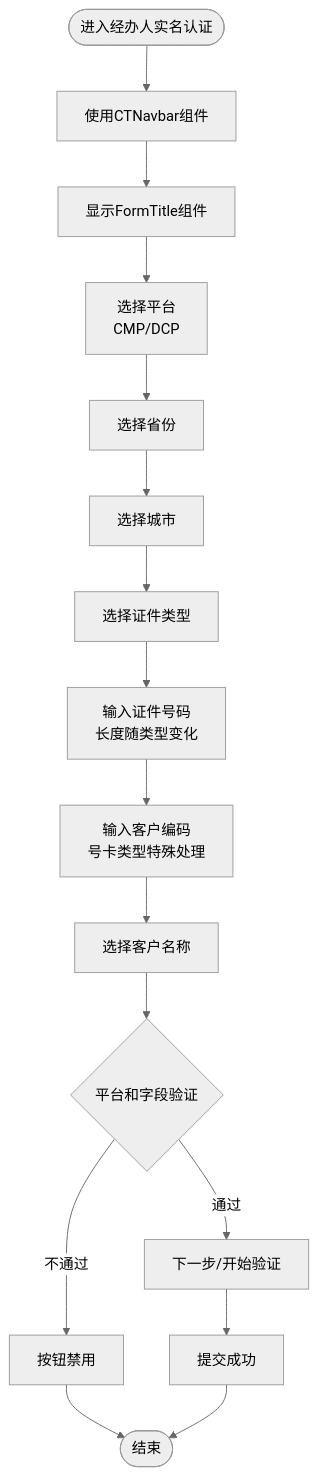
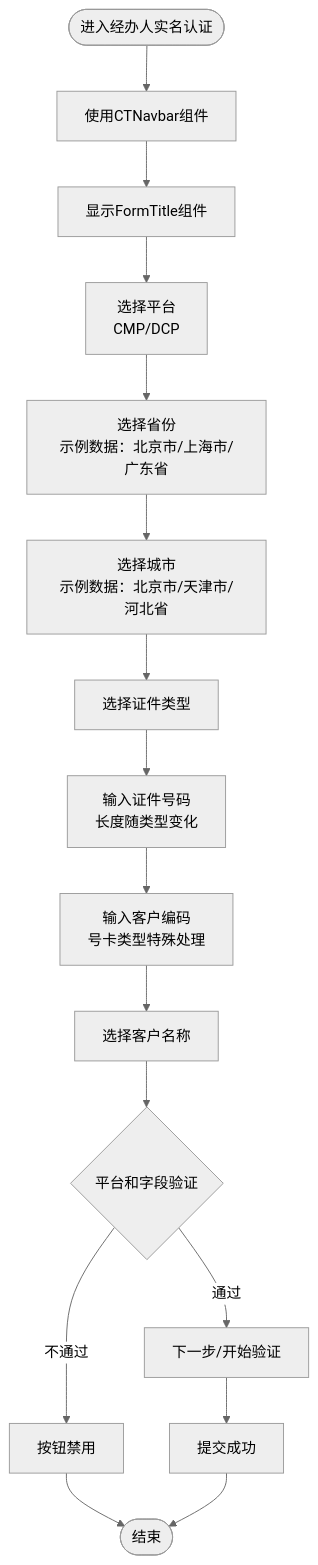
Diagram 12 of 13 in .qoder/repowiki/zh/content/页面组件.md (zuolinbao/redbook), drawn with Mermaid (neutral theme) before and after one commit. The commit also changed other lines of this file and 4 other files, not shown here.

Commit message:
feat: 将userRealName和ordinaryuserRealName页面的Field label改为图标形式

````diff
--- a/.qoder/repowiki/zh/content/页面组件.md
+++ b/.qoder/repowiki/zh/content/页面组件.md
@@ -541,18 +552,18 @@
 ```mermaid
 flowchart TD
 Start(["进入经办人实名认证"]) --> CTNavbar["使用CTNavbar组件"]
 CTNavbar --> FormTitle["显示FormTitle组件"]
 FormTitle --> PlatformSelect["选择平台<br/>CMP/DCP"]
-PlatformSelect --> ProvinceSelect["选择省份"]
-ProvinceSelect --> CitySelect["选择城市"]
+PlatformSelect --> ProvinceSelect["选择省份<br/>示例数据：北京市/上海市/广东省"]
+ProvinceSelect --> CitySelect["选择城市<br/>示例数据：北京市/天津市/河北省"]
 CitySelect --> CardType["选择证件类型"]
 CardType --> CardNum["输入证件号码<br/>长度随类型变化"]
 CardNum --> CustomerCode["输入客户编码<br/>号卡类型特殊处理"]
 CustomerCode --> CustomerName["选择客户名称"]
 CustomerName --> Validate{"平台和字段验证"}
 Validate --> |通过| Next["下一步/开始验证"]
 Validate --> |不通过| Disabled["按钮禁用"]
 Next --> Success["提交成功"]
 Disabled --> End(["结束"])
 Success --> End
 ```
````
